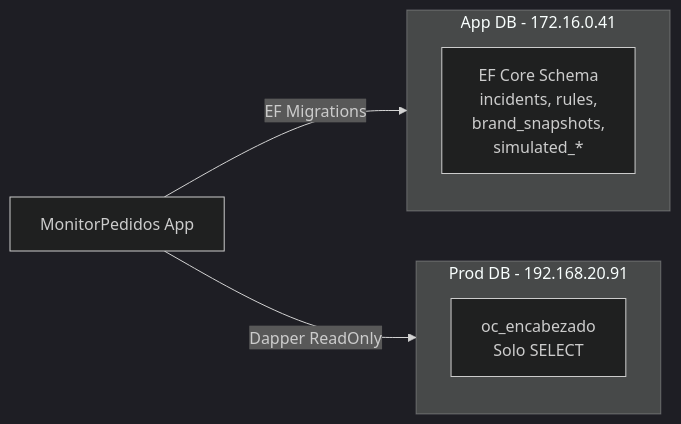
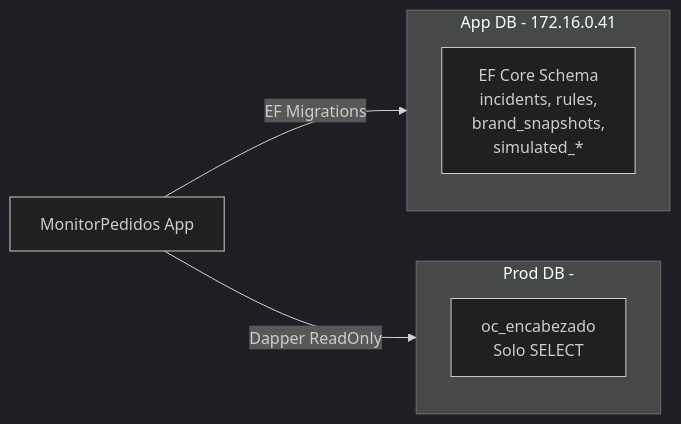
Before and after one commit to DianiCastellanos/monitor-pedidos-ai-dlc: the diagram in aidlc-docs/construction/sqlserver-migration-plan.md, drawn with Mermaid (dark theme). The commit also changed other lines of this file and 7 other files, not shown here.

````diff
--- a/aidlc-docs/construction/sqlserver-migration-plan.md
+++ b/aidlc-docs/construction/sqlserver-migration-plan.md
@@ -14,12 +14,12 @@
 ```mermaid
 flowchart LR
     App[MonitorPedidos App]
     subgraph AppDB[App DB - 172.16.0.41]
         EF[EF Core Schema<br/>incidents, rules,<br/>brand_snapshots,<br/>simulated_*]
     end
-    subgraph ProdDB[Prod DB - 192.168.20.91]
+    subgraph ProdDB[Prod DB - <IP_SERVIDOR_BD>]
         OC[oc_encabezado<br/>Solo SELECT]
     end
     App -- EF Migrations --> AppDB
     App -- Dapper ReadOnly --> ProdDB
 ```
````
